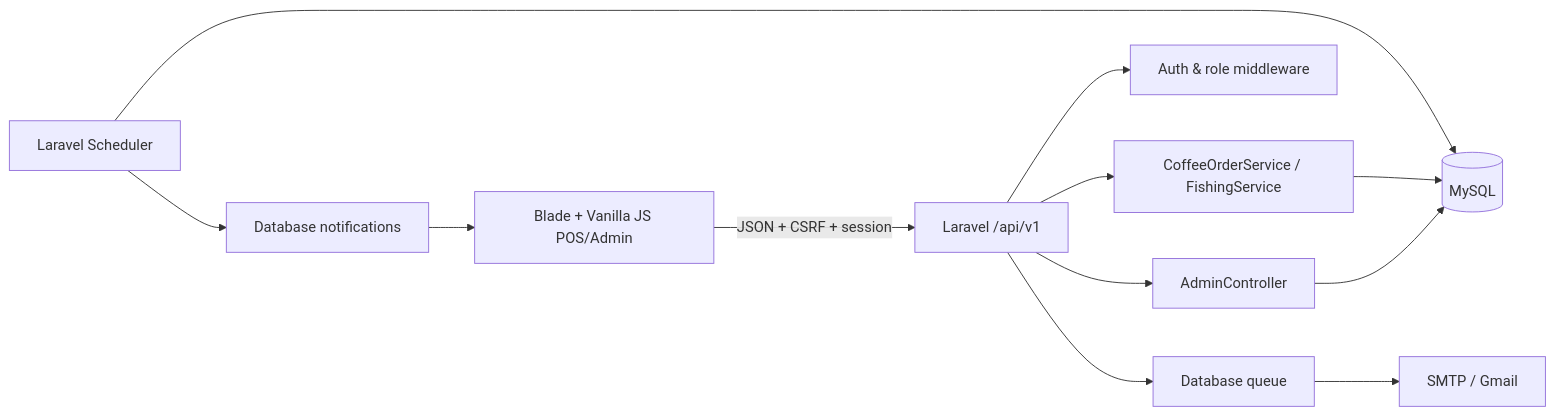
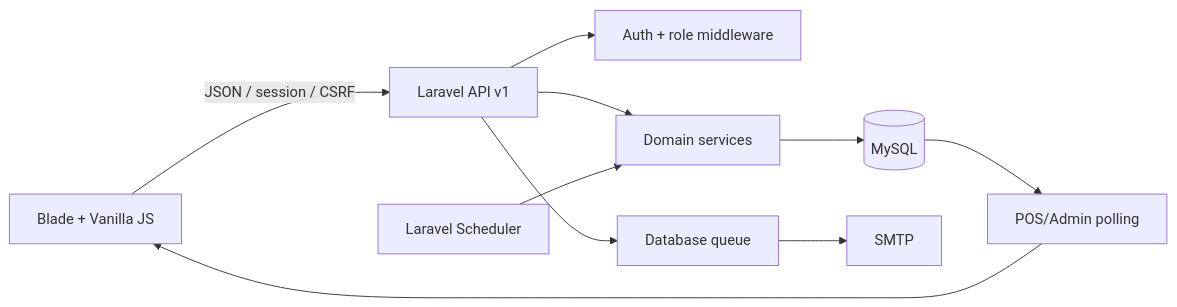
One commit to chinhtruk/Donglay_fishing_pos changed the diagram in README.md. Above: the diagram before and after it, drawn with Mermaid. The commit also changed other lines of this file and 87 other files, not shown here.

````diff
--- a/README.md
+++ b/README.md
@@ -243,14 +232,12 @@
 ```mermaid
 flowchart LR
-    UI["Blade + Vanilla JS POS/Admin"] -->|"JSON + CSRF + session"| API["Laravel /api/v1"]
-    API --> AUTH["Auth & role middleware"]
-    API --> SVC["CoffeeOrderService / FishingService"]
-    API --> ADMIN["AdminController"]
-    SVC --> DB[("MySQL")]
-    ADMIN --> DB
+    UI["Blade + Vanilla JS"] -->|"JSON / session / CSRF"| API["Laravel API v1"]
+    API --> AUTH["Auth + role middleware"]
+    API --> SERVICES["Domain services"]
+    SERVICES --> DB[("MySQL")]
     API --> QUEUE["Database queue"]
-    QUEUE --> SMTP["SMTP / Gmail"]
-    SCHED["Laravel Scheduler"] --> DB
-    SCHED --> NOTI["Database notifications"]
-    NOTI --> UI
+    QUEUE --> SMTP["SMTP"]
+    SCHEDULER["Laravel Scheduler"] --> SERVICES
+    DB --> POLLING["POS/Admin polling"]
+    POLLING --> UI
 ```
````
